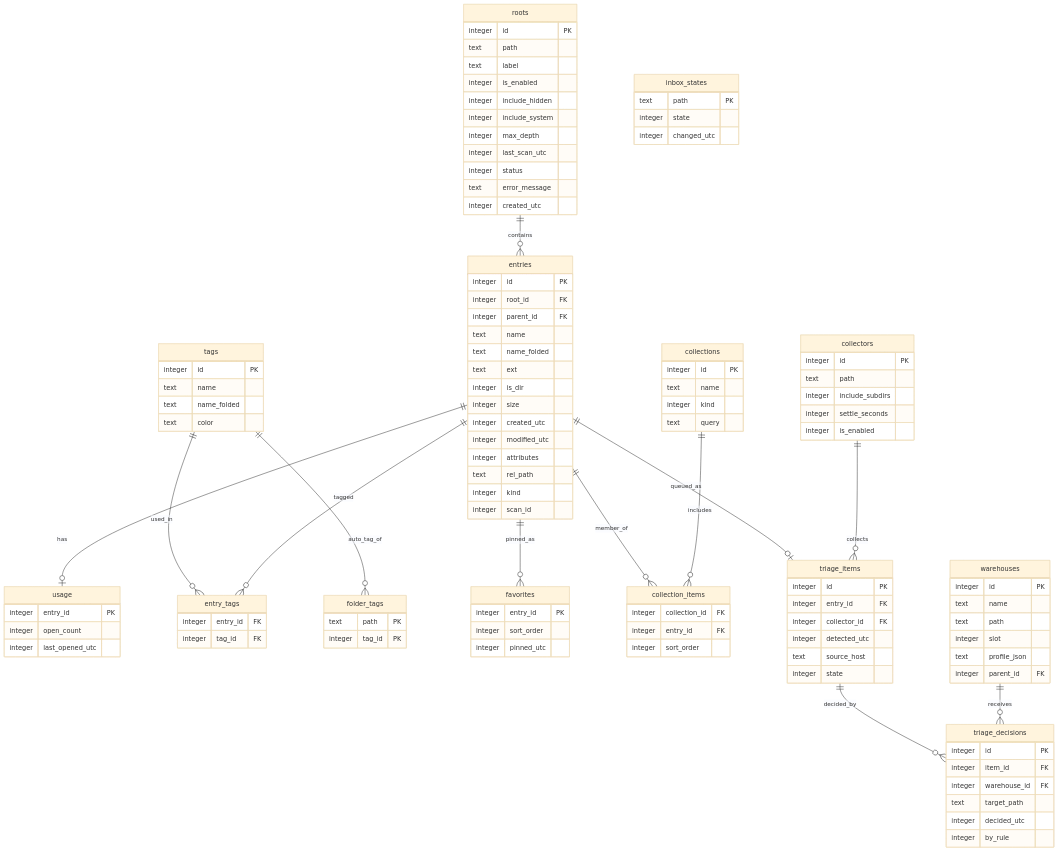
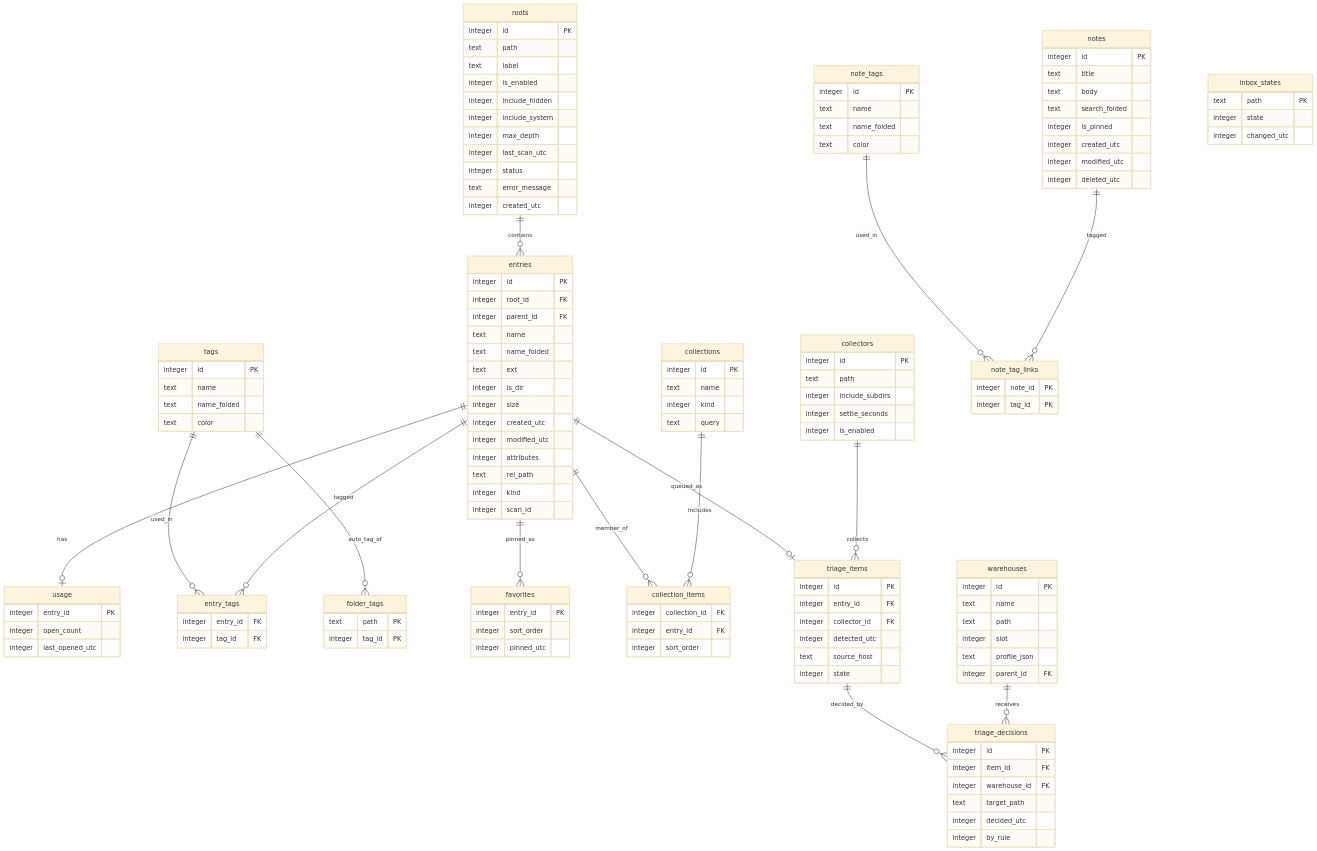
The fifth of 7 diagrams in docs/ARCHITECTURE.md (IichiKohuro/DiskApp), drawn with Mermaid (base theme) before and after one commit. The commit also changed other lines of this file and 5 other files, not shown here.

```diff
--- a/docs/ARCHITECTURE.md
+++ b/docs/ARCHITECTURE.md
@@ -209,6 +209,8 @@
     entries ||--o| triage_items : queued_as
     warehouses ||--o{ triage_decisions : receives
     triage_items ||--o{ triage_decisions : decided_by
+    notes ||--o{ note_tag_links : tagged
+    note_tags ||--o{ note_tag_links : used_in
 
     roots {
         integer id PK
@@ -268,6 +270,26 @@
         integer state
         integer changed_utc
     }
+    notes {
+        integer id PK
+        text title
+        text body
+        text search_folded
+        integer is_pinned
+        integer created_utc
+        integer modified_utc
+        integer deleted_utc
+    }
+    note_tags {
+        integer id PK
+        text name
+        text name_folded
+        text color
+    }
+    note_tag_links {
+        integer note_id PK
+        integer tag_id PK
+    }
     collections {
         integer id PK
         text name
```
